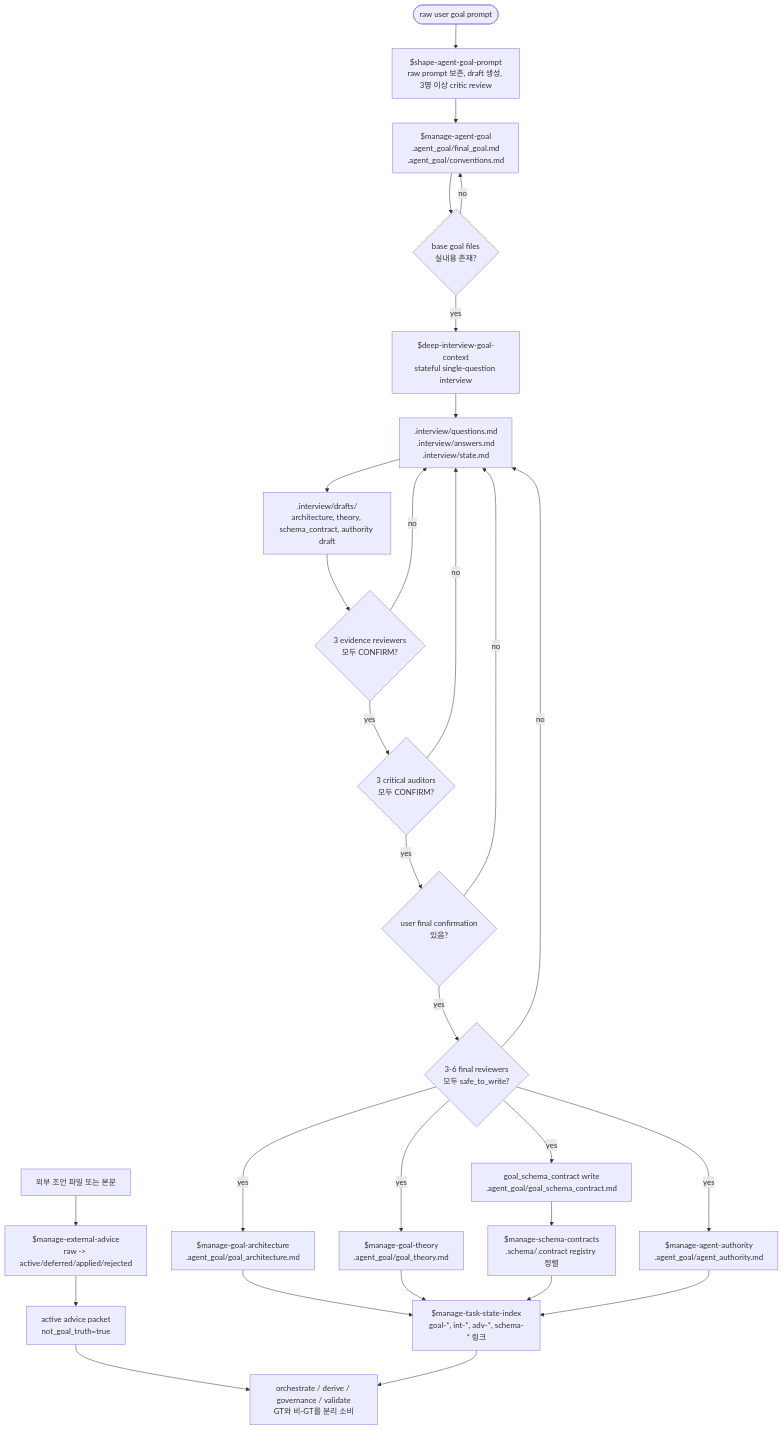
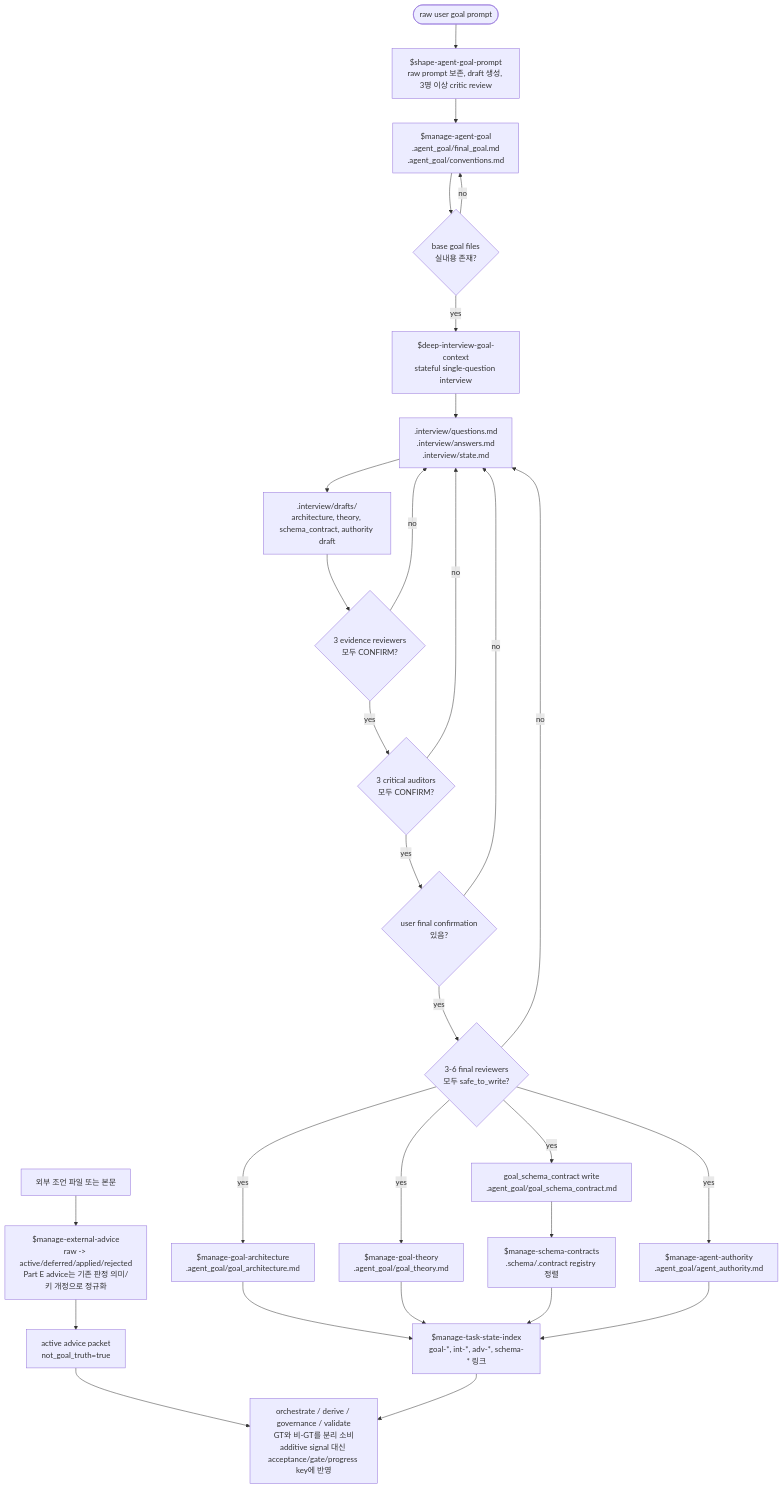
Before and after one commit to sw1029/workflow_swfool: the second of 6 diagrams in README.md, drawn with Mermaid. The commit also changed other lines of this file and 30 other files, not shown here.

````diff
--- a/README.md
+++ b/README.md
@@ -70,42 +73,42 @@
 ```mermaid
 flowchart TD
   RawPrompt([raw user goal prompt])
   Shape["$shape-agent-goal-prompt<br/>raw prompt 보존, draft 생성, 3명 이상 critic review"]
   Goal["$manage-agent-goal<br/>.agent_goal/final_goal.md<br/>.agent_goal/conventions.md"]
   DeepGate{"base goal files<br/>실내용 존재?"}
   Deep["$deep-interview-goal-context<br/>stateful single-question interview"]
   Questions[".interview/questions.md<br/>.interview/answers.md<br/>.interview/state.md"]
   Drafts[".interview/drafts/<br/>architecture, theory, schema_contract, authority draft"]
   EvidenceReview{"3 evidence reviewers<br/>모두 CONFIRM?"}
   AuditReview{"3 critical auditors<br/>모두 CONFIRM?"}
   UserConfirm{"user final confirmation<br/>있음?"}
   FinalReview{"3-6 final reviewers<br/>모두 safe_to_write?"}
   Architecture["$manage-goal-architecture<br/>.agent_goal/goal_architecture.md"]
   Theory["$manage-goal-theory<br/>.agent_goal/goal_theory.md"]
   SchemaGoal["goal_schema_contract write<br/>.agent_goal/goal_schema_contract.md"]
   Authority["$manage-agent-authority<br/>.agent_goal/agent_authority.md"]
   SchemaRegistry["$manage-schema-contracts<br/>.schema/.contract registry 정렬"]
   AdviceIn["외부 조언 파일 또는 본문"]
-  Advice["$manage-external-advice<br/>raw -> active/deferred/applied/rejected"]
+  Advice["$manage-external-advice<br/>raw -> active/deferred/applied/rejected<br/>Part E advice는 기존 판정 의미/키 개정으로 정규화"]
   AdvicePacket["active advice packet<br/>not_goal_truth=true"]
   Index["$manage-task-state-index<br/>goal-*, int-*, adv-*, schema-* 링크"]
-  Consumers["orchestrate / derive / governance / validate<br/>GT와 비-GT를 분리 소비"]
+  Consumers["orchestrate / derive / governance / validate<br/>GT와 비-GT를 분리 소비<br/>additive signal 대신 acceptance/gate/progress key에 반영"]
 
   RawPrompt --> Shape --> Goal
   Goal --> DeepGate
   DeepGate -- no --> Goal
   DeepGate -- yes --> Deep --> Questions --> Drafts --> EvidenceReview
   EvidenceReview -- no --> Questions
   EvidenceReview -- yes --> AuditReview
   AuditReview -- no --> Questions
   AuditReview -- yes --> UserConfirm
   UserConfirm -- no --> Questions
   UserConfirm -- yes --> FinalReview
   FinalReview -- no --> Questions
   FinalReview -- yes --> Architecture --> Index
   FinalReview -- yes --> Theory --> Index
   FinalReview -- yes --> SchemaGoal --> SchemaRegistry --> Index
   FinalReview -- yes --> Authority --> Index
   AdviceIn --> Advice --> AdvicePacket --> Consumers
   Index --> Consumers
 ```
````
